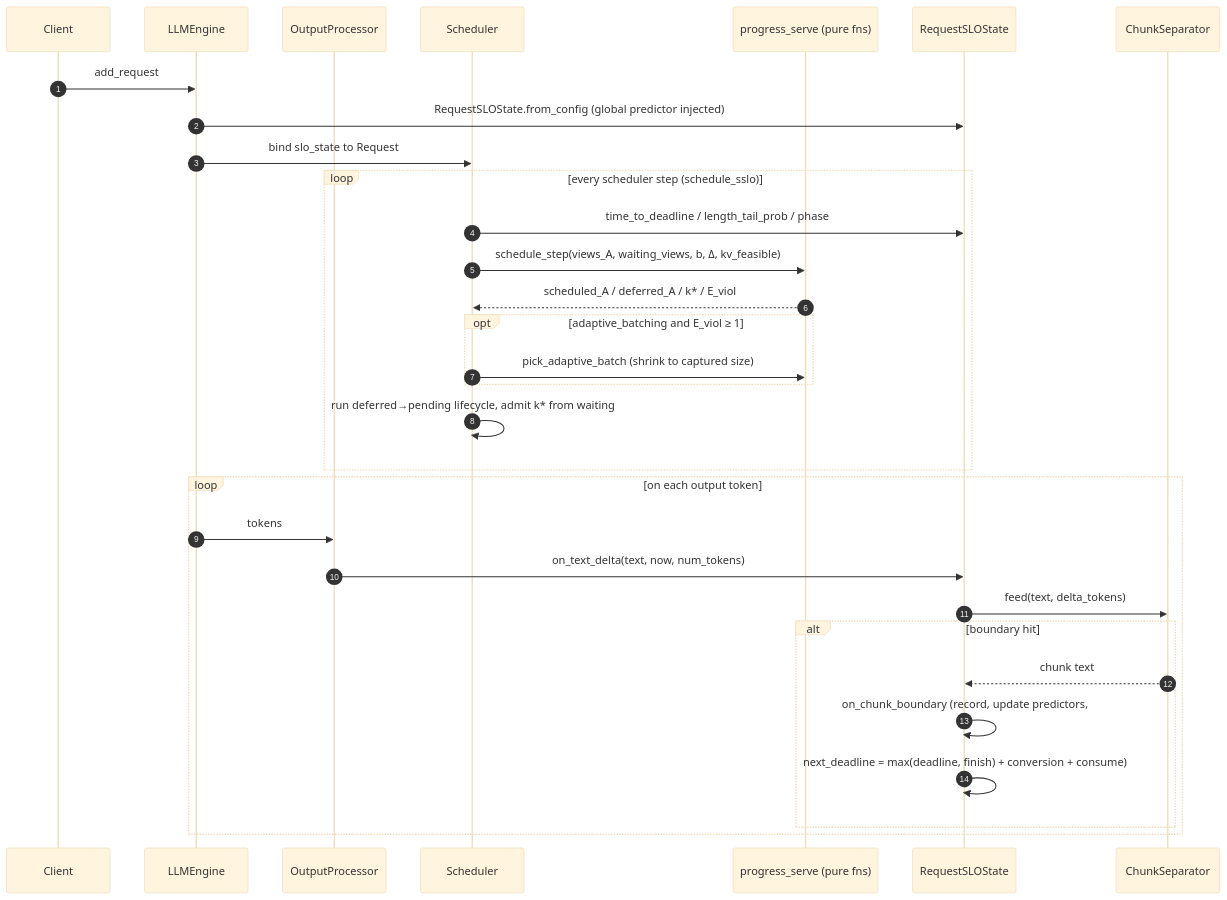
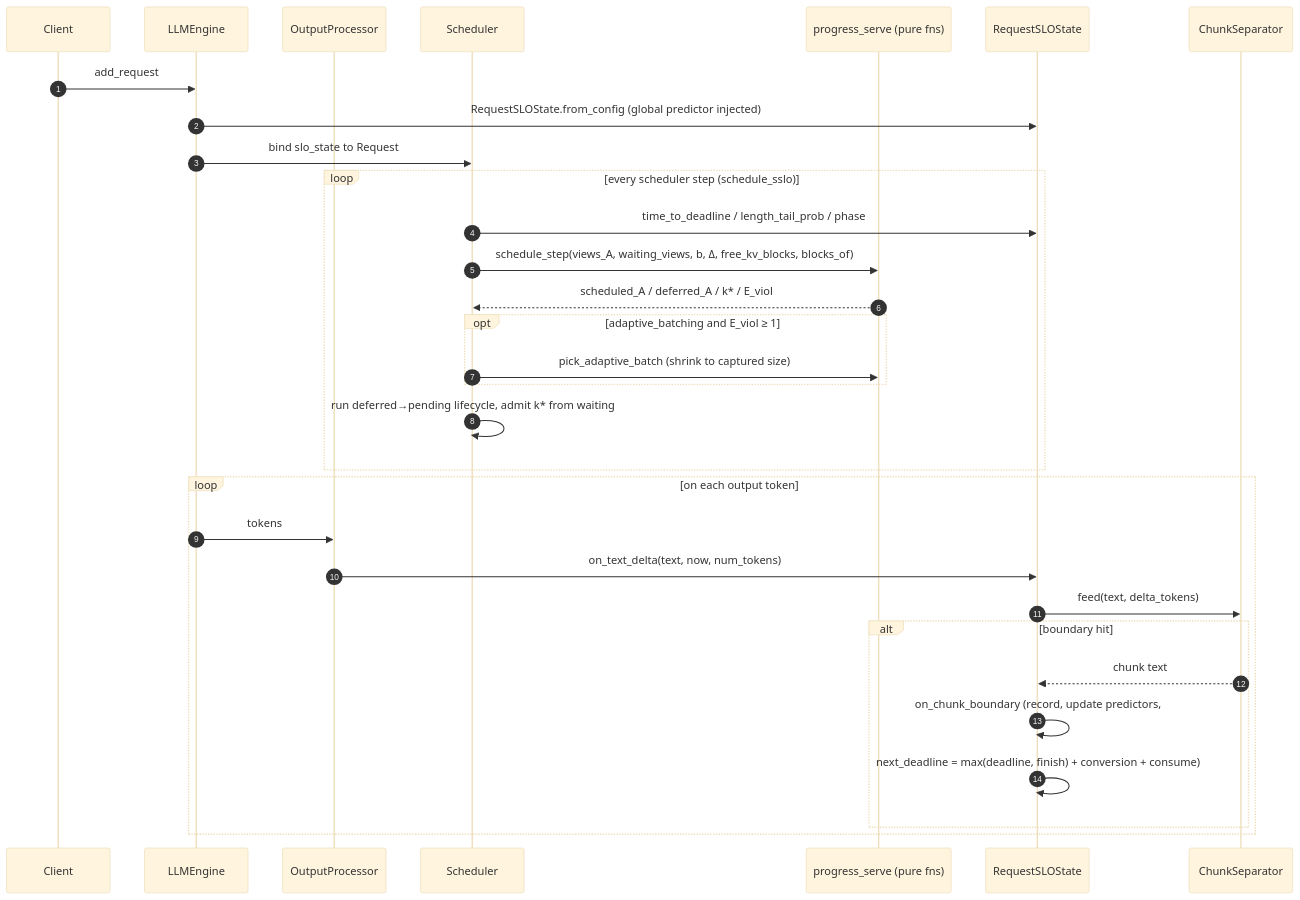
The diagram in vllm/vllm/sslo/README.md (SungBalance/Sentence-SLO), drawn with Mermaid (base theme) before and after one commit. The commit also changed other lines of this file and 12 other files, not shown here.

````diff
--- a/vllm/vllm/sslo/README.md
+++ b/vllm/vllm/sslo/README.md
@@ -84,36 +84,36 @@
 ```mermaid
 sequenceDiagram
     autonumber
     participant Client
     participant Engine as LLMEngine
     participant OutProc as OutputProcessor
     participant Sched as Scheduler
     participant PS as progress_serve (pure fns)
     participant State as RequestSLOState
     participant Sep as ChunkSeparator
 
     Client->>Engine: add_request
     Engine->>State: RequestSLOState.from_config (global predictor injected)
     Engine->>Sched: bind slo_state to Request
 
     loop every scheduler step (schedule_sslo)
         Sched->>State: time_to_deadline / length_tail_prob / phase
-        Sched->>PS: schedule_step(views_A, waiting_views, b, Δ, kv_feasible)
+        Sched->>PS: schedule_step(views_A, waiting_views, b, Δ, free_kv_blocks, blocks_of)
         PS-->>Sched: scheduled_A / deferred_A / k* / E_viol
         opt adaptive_batching and E_viol ≥ 1
             Sched->>PS: pick_adaptive_batch (shrink to captured size)
         end
         Sched->>Sched: run deferred→pending lifecycle, admit k* from waiting
     end
 
     loop on each output token
         Engine->>OutProc: tokens
         OutProc->>State: on_text_delta(text, now, num_tokens)
         State->>Sep: feed(text, delta_tokens)
         alt boundary hit
             Sep-->>State: chunk text
             State->>State: on_chunk_boundary (record, update predictors,
             State->>State: next_deadline = max(deadline, finish) + conversion + consume)
         end
     end
 ```
````
